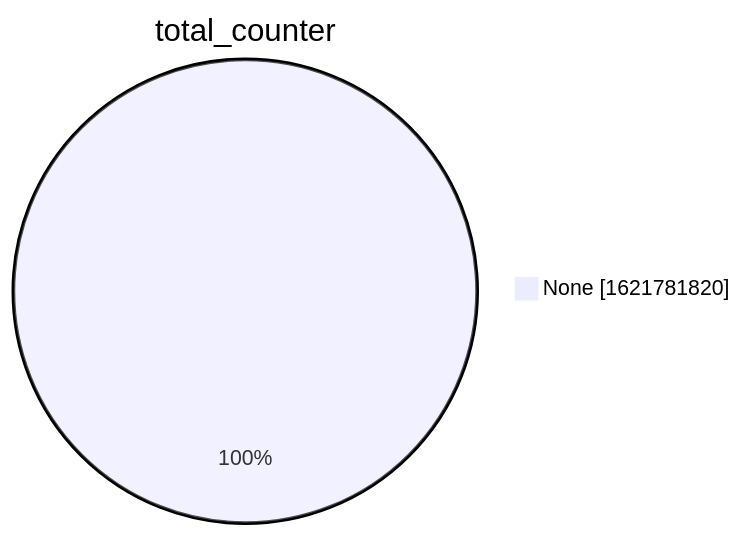
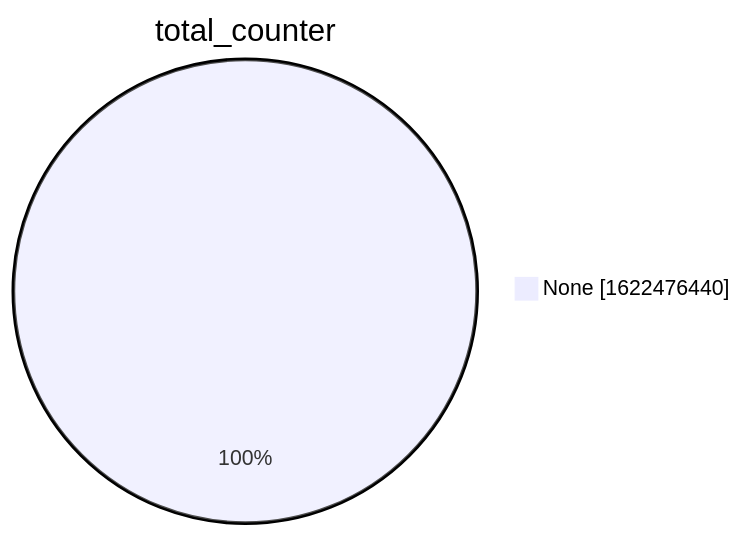
The second of 15 diagrams in xenon2022/README.md (christiankrug/ctmonitor_visualization), drawn with Mermaid before and after one commit. The commit also changed other lines of this file, not shown here.

````diff
--- a/xenon2022/README.md
+++ b/xenon2022/README.md
@@ -9,5 +9,5 @@
 ```mermaid
 pie showData
 title total_counter
-"None" :1621781820
+"None" :1622476440
 ```
````
